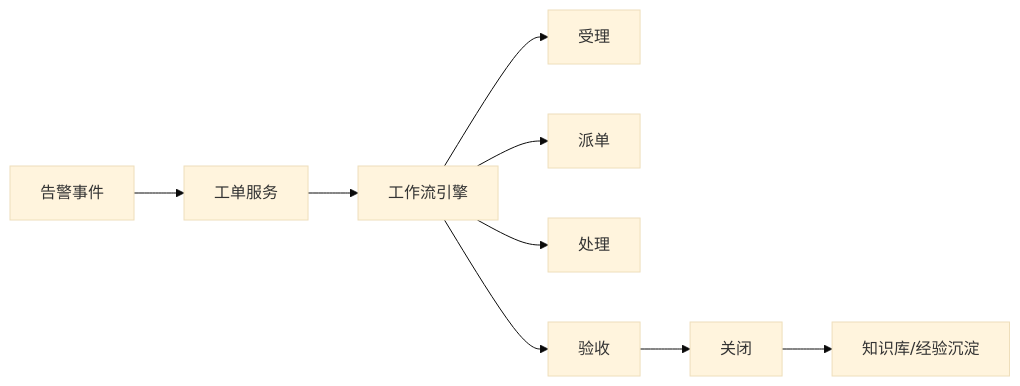
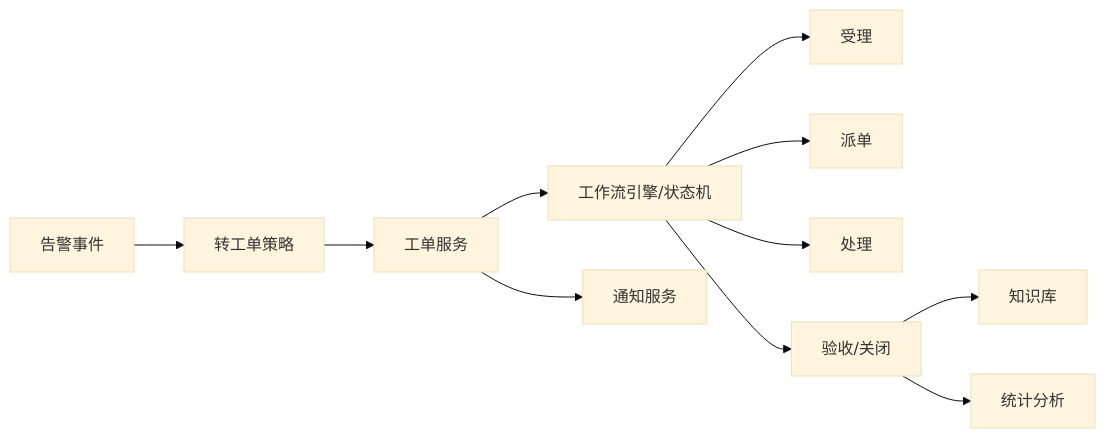
Before and after one commit to dptdptdpt1/26_jgs_lw: the diagram in 场景到技术/04_工单闭环与运维流程.md, drawn with Mermaid (base theme). The commit also changed other lines of this file and 17 other files, not shown here.

````diff
--- a/场景到技术/04_工单闭环与运维流程.md
+++ b/场景到技术/04_工单闭环与运维流程.md
@@ -95,11 +169,13 @@
 ```mermaid
 flowchart LR
-    A["告警事件"] --> B["工单服务"]
-    B --> C["工作流引擎"]
-    C --> D["受理"]
-    C --> E["派单"]
-    C --> F["处理"]
-    C --> G["验收"]
-    G --> H["关闭"]
-    H --> I["知识库/经验沉淀"]
+    A["告警事件"] --> B["转工单策略"]
+    B --> C["工单服务"]
+    C --> D["工作流引擎/状态机"]
+    D --> E["受理"]
+    D --> F["派单"]
+    D --> G["处理"]
+    D --> H["验收/关闭"]
+    H --> I["知识库"]
+    H --> J["统计分析"]
+    C --> K["通知服务"]
 ```
````
